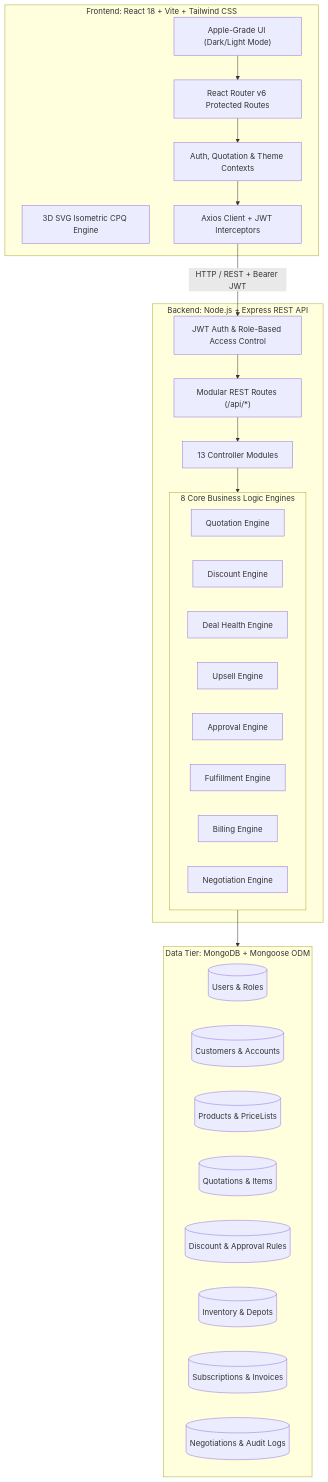
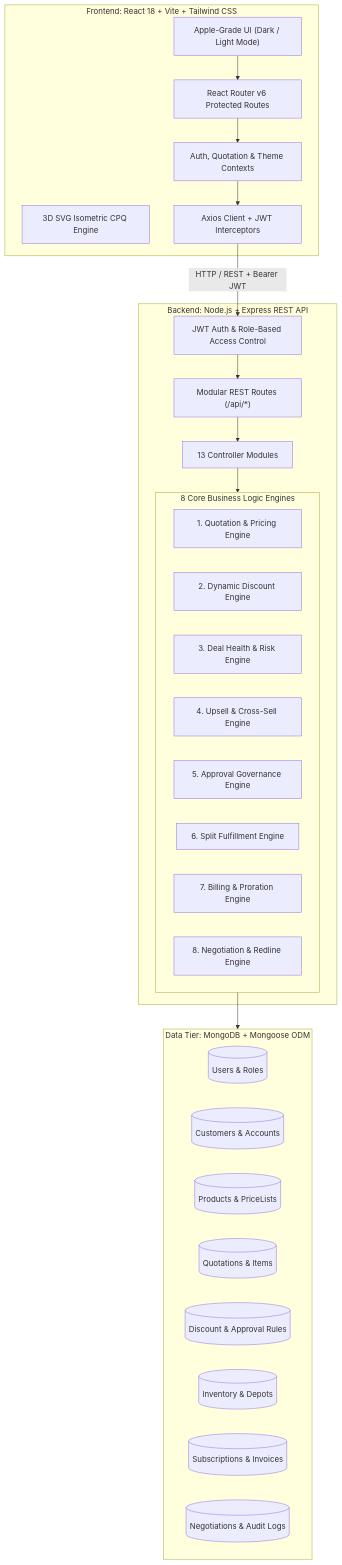
Before and after one commit to hack704/dealFLow360: the diagram in README.md, drawn with Mermaid. The commit also changed other lines of this file, not shown here.

````diff
--- a/README.md
+++ b/README.md
@@ -46,43 +62,43 @@
 ```mermaid
 graph TD
     subgraph Client ["Frontend: React 18 + Vite + Tailwind CSS"]
-        UI["Apple-Grade UI (Dark/Light Mode)"]
+        UI["Apple-Grade UI (Dark / Light Mode)"]
         Router["React Router v6 Protected Routes"]
         Contexts["Auth, Quotation & Theme Contexts"]
         ClientEngine["3D SVG Isometric CPQ Engine"]
         APIService["Axios Client + JWT Interceptors"]
     end
 
     subgraph API ["Backend: Node.js + Express REST API"]
         AuthMid["JWT Auth & Role-Based Access Control"]
         Routes["Modular REST Routes (/api/*)"]
         Controllers["13 Controller Modules"]
         
         subgraph Engines ["8 Core Business Logic Engines"]
-            E1["Quotation Engine"]
-            E2["Discount Engine"]
-            E3["Deal Health Engine"]
-            E4["Upsell Engine"]
-            E5["Approval Engine"]
-            E6["Fulfillment Engine"]
-            E7["Billing Engine"]
-            E8["Negotiation Engine"]
+            E1["1. Quotation & Pricing Engine"]
+            E2["2. Dynamic Discount Engine"]
+            E3["3. Deal Health & Risk Engine"]
+            E4["4. Upsell & Cross-Sell Engine"]
+            E5["5. Approval Governance Engine"]
+            E6["6. Split Fulfillment Engine"]
+            E7["7. Billing & Proration Engine"]
+            E8["8. Negotiation & Redline Engine"]
         end
     end
 
     subgraph Database ["Data Tier: MongoDB + Mongoose ODM"]
         M1[("Users & Roles")]
         M2[("Customers & Accounts")]
         M3[("Products & PriceLists")]
         M4[("Quotations & Items")]
         M5[("Discount & Approval Rules")]
         M6[("Inventory & Depots")]
         M7[("Subscriptions & Invoices")]
         M8[("Negotiations & Audit Logs")]
     end
 
     UI --> Router --> Contexts --> APIService
     APIService -->|HTTP / REST + Bearer JWT| AuthMid --> Routes --> Controllers
     Controllers --> Engines
     Engines --> Database
 ```
````
